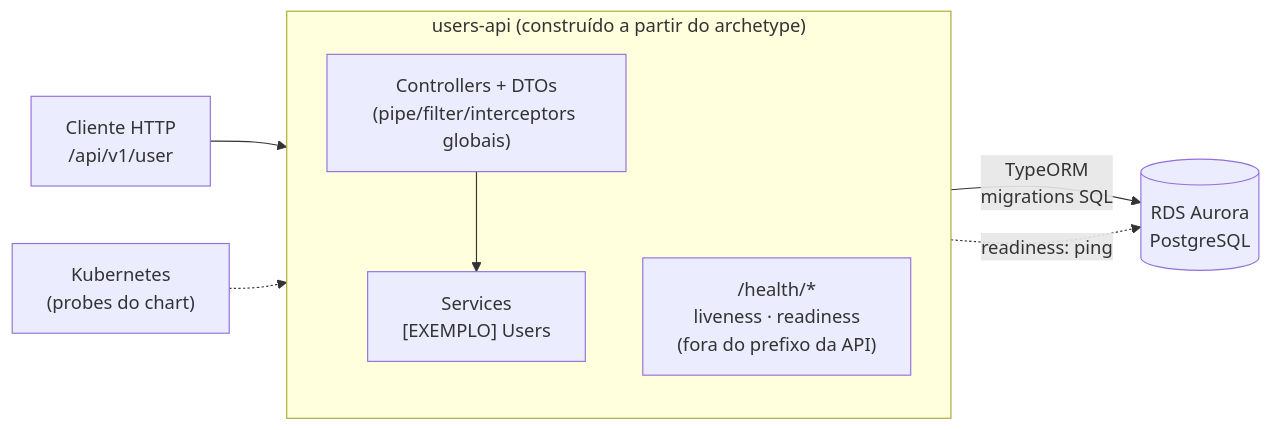
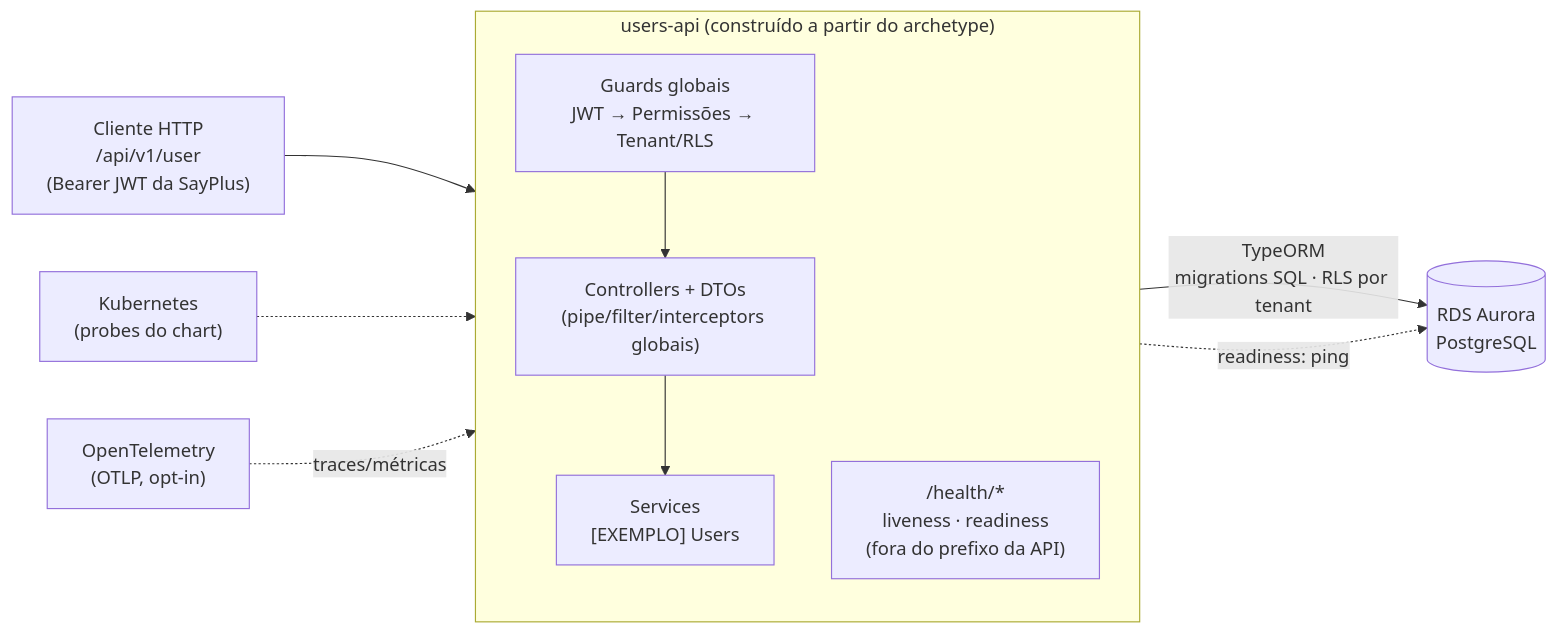
The diagram in README.md (rian-suprema/api-finance), drawn with Mermaid before and after one commit. The commit also changed other lines of this file and 50 other files, not shown here.

````diff
--- a/README.md
+++ b/README.md
@@ -251,15 +69,17 @@
 ```mermaid
 flowchart LR
     subgraph app["users-api (construído a partir do archetype)"]
         direction TB
         CTRL["Controllers + DTOs<br/>(pipe/filter/interceptors globais)"]
+        AUTH["Guards globais<br/>JWT → Permissões → Tenant/RLS"]
         SVC["Services<br/>[EXEMPLO] Users"]
         HLT["/health/*<br/>liveness · readiness<br/>(fora do prefixo da API)"]
-        CTRL --> SVC
+        AUTH --> CTRL --> SVC
     end
 
-    CLIENT["Cliente HTTP<br/>/api/v1/user"] --> CTRL
+    CLIENT["Cliente HTTP<br/>/api/v1/user<br/>(Bearer JWT da SayPlus)"] --> AUTH
     K8S["Kubernetes<br/>(probes do chart)"] -.-> HLT
-    SVC -->|"TypeORM<br/>migrations SQL"| PG[("RDS Aurora<br/>PostgreSQL")]
+    SVC -->|"TypeORM<br/>migrations SQL · RLS por tenant"| PG[("RDS Aurora<br/>PostgreSQL")]
     HLT -.->|"readiness: ping"| PG
+    OTEL["OpenTelemetry<br/>(OTLP, opt-in)"] -.->|traces/métricas| SVC
 ```
````
